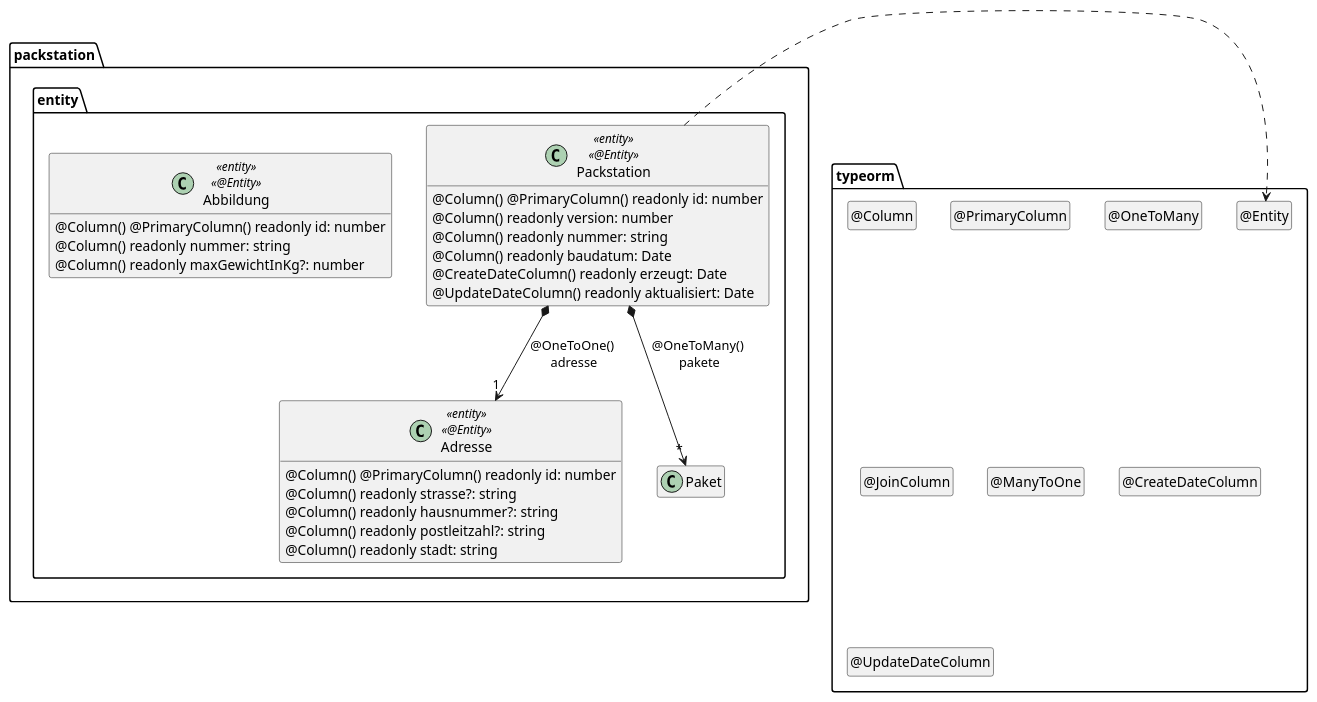
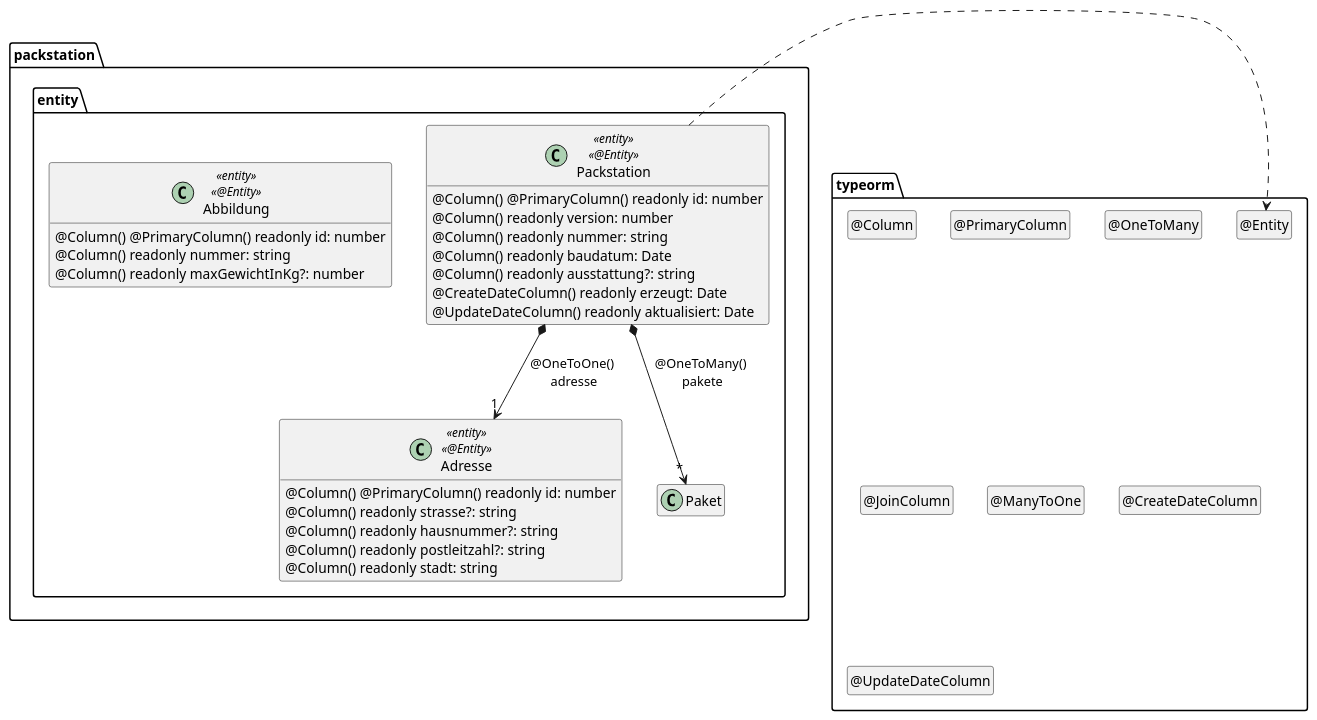
Before and after one commit to marius-a-mueller/kunstwerk: the diagram in .extras/doc/projekthandbuch/Packstation.plantuml, drawn with PlantUML. The commit also changed 3 other files, not shown here.

Commit message:
PlantUML angepasst

```diff
--- a/.extras/doc/projekthandbuch/Packstation.plantuml
+++ b/.extras/doc/projekthandbuch/Packstation.plantuml
@@ -3,55 +3,56 @@
 @startuml Entity
 
 package typeorm {
   class "@Entity" as Entity
   hide Entity circle
   class "@Column" as Column
   hide Column circle
   class "@PrimaryColumn" as PrimaryColumn
   hide PrimaryColumn circle
   class "@OneToMany" as OneToMany
   hide OneToMany circle
   class "@JoinColumn" as JoinColumn
   hide JoinColumn circle
   class "@ManyToOne" as ManyToOne
   hide ManyToOne circle
   class "@CreateDateColumn" as CreateDateColumn
   hide CreateDateColumn circle
   class "@UpdateDateColumn" as UpdateDateColumn
   hide UpdateDateColumn circle
 }
 
 package packstation.entity {
 
   class Packstation <<entity>> <<@Entity>> {
     @Column() @PrimaryColumn() readonly id: number
     @Column() readonly version: number
     @Column() readonly nummer: string
     @Column() readonly baudatum: Date
+    @Column() readonly ausstattung?: string
     @CreateDateColumn() readonly erzeugt: Date
     @UpdateDateColumn() readonly aktualisiert: Date
   }
 
   class Adresse <<entity>> <<@Entity>> {
     @Column() @PrimaryColumn() readonly id: number
     @Column() readonly strasse?: string
     @Column() readonly hausnummer?: string
     @Column() readonly postleitzahl?: string
     @Column() readonly stadt: string
   }
 
   class Abbildung <<entity>> <<@Entity>> {
     @Column() @PrimaryColumn() readonly id: number
     @Column() readonly nummer: string
     @Column() readonly maxGewichtInKg?: number
   }
 
   Packstation *--> "1" Adresse : @OneToOne() \nadresse
   Packstation *--> "*" Paket : @OneToMany() \npakete
 
   Packstation .right.> Entity
 }
 
 hide empty members
 
 @enduml
```
